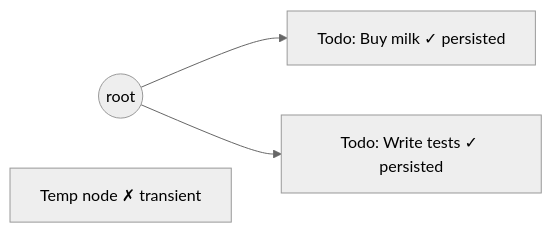
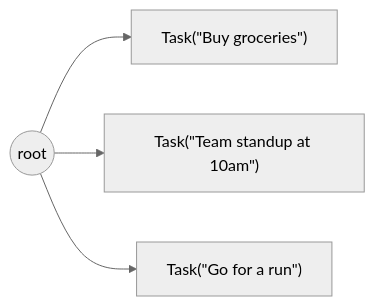
One commit to marsninja/jaseci changed the second of 2 diagrams in docs/docs/quick-guide/what-makes-jac-different.md. Above: the diagram before and after it, drawn with Mermaid (neutral theme). The commit also changed other lines of this file and 2 other files, not shown here.

````diff
--- a/docs/docs/quick-guide/what-makes-jac-different.md
+++ b/docs/docs/quick-guide/what-makes-jac-different.md
@@ -123,6 +101,6 @@
 ```mermaid
 graph LR
-    root((root)) --> A["Todo: Buy milk ✓ persisted"]
-    root --> B["Todo: Write tests ✓ persisted"]
-    C["Temp node ✗ transient"]
+    root((root)) --> T1["Task(#quot;Buy groceries#quot;)"]
+    root --> T2["Task(#quot;Team standup at 10am#quot;)"]
+    root --> T3["Task(#quot;Go for a run#quot;)"]
 ```
````
